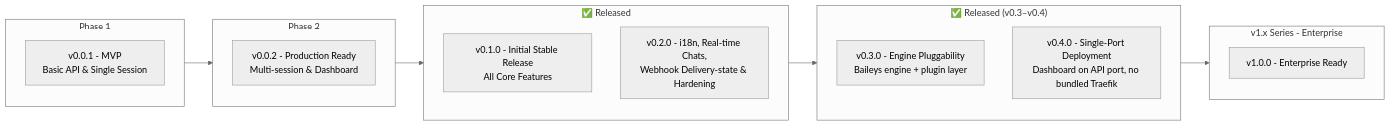
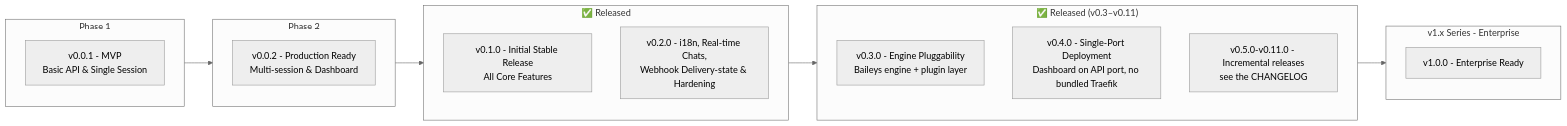
Before and after one commit to nourayman21k/OpenWA: the sixth of 7 diagrams in docs/15-project-roadmap.md, drawn with Mermaid (neutral theme). The commit also changed other lines of this file and 29 other files, not shown here.

````diff
--- a/docs/15-project-roadmap.md
+++ b/docs/15-project-roadmap.md
@@ -500,26 +512,27 @@
 ```mermaid
 flowchart LR
     subgraph Phase1["Phase 1"]
         V001[v0.0.1 - MVP<br/>Basic API & Single Session]
     end
 
     subgraph Phase2["Phase 2"]
         V002[v0.0.2 - Production Ready<br/>Multi-session & Dashboard]
     end
 
     subgraph Stable["✅ Released"]
         V010[v0.1.0 - Initial Stable Release<br/>All Core Features]
         V020[v0.2.0 - i18n, Real-time Chats,<br/>Webhook Delivery-state & Hardening]
     end
 
-    subgraph v0.x["✅ Released (v0.3–v0.4)"]
+    subgraph v0.x["✅ Released (v0.3–v0.11)"]
         V030[v0.3.0 - Engine Pluggability<br/>Baileys engine + plugin layer]
         V040[v0.4.0 - Single-Port Deployment<br/>Dashboard on API port, no bundled Traefik]
+        V011[v0.5.0-v0.11.0 - Incremental releases<br/>see the CHANGELOG]
     end
 
     subgraph v1.x["v1.x Series - Enterprise"]
         V10[v1.0.0 - Enterprise Ready]
     end
 
     Phase1 --> Phase2 --> Stable --> v0.x --> v1.x
 ```
````
